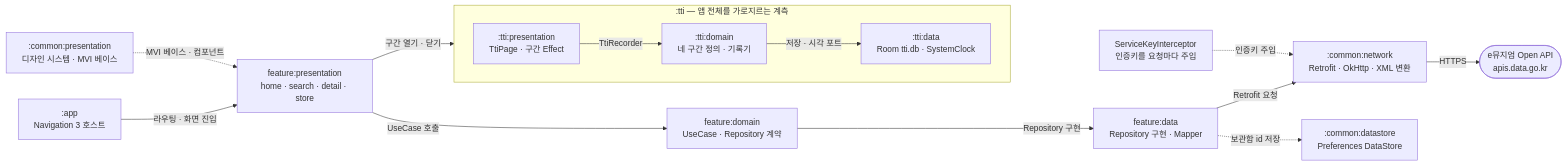
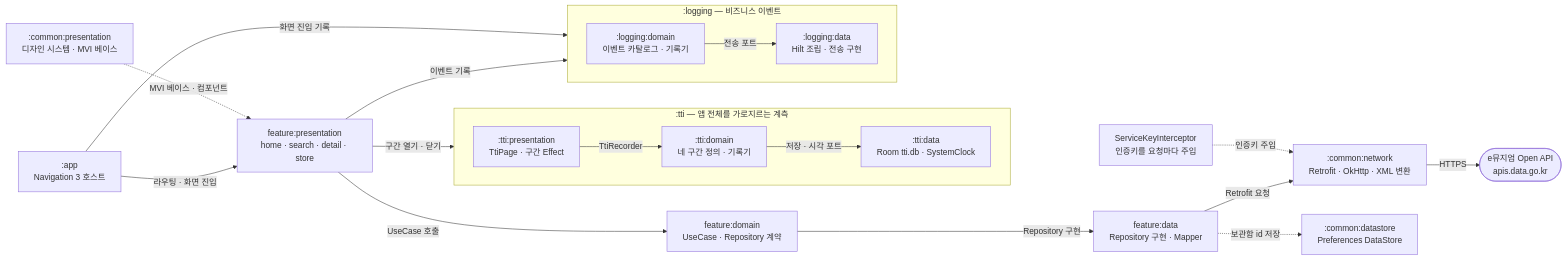
One commit to Sadturtleman/EveryMuseum changed the first of 2 diagrams in README.md. Above: the diagram before and after it, drawn with Mermaid. The commit also changed other lines of this file and 5 other files, not shown here.

First line of the commit message:
Document the business event logging module in the README and diagrams

````diff
--- a/README.md
+++ b/README.md
@@ -13,33 +15,42 @@
 ```mermaid
 flowchart LR
     app[":app<br/>Navigation 3 호스트"]
     cp[":common:presentation<br/>디자인 시스템 · MVI 베이스"]
     fp["feature:presentation<br/>home · search · detail · store"]
     fd["feature:domain<br/>UseCase · Repository 계약"]
     fdata["feature:data<br/>Repository 구현 · Mapper"]
     key["ServiceKeyInterceptor<br/>인증키를 요청마다 주입"]
     net[":common:network<br/>Retrofit · OkHttp · XML 변환"]
     ds[":common:datastore<br/>Preferences DataStore"]
     api(["e뮤지엄 Open API<br/>apis.data.go.kr"])
 
     app -->|라우팅 · 화면 진입| fp
     fp -->|UseCase 호출| fd
     fd -->|Repository 구현| fdata
     fdata -->|Retrofit 요청| net
     net -->|HTTPS| api
 
     cp -.->|MVI 베이스 · 컴포넌트| fp
     key -.->|인증키 주입| net
     fdata -.->|보관함 id 저장| ds
 
     subgraph TTI[":tti — 앱 전체를 가로지르는 계측"]
         direction LR
         tp[":tti:presentation<br/>TtiPage · 구간 Effect"]
         td[":tti:domain<br/>네 구간 정의 · 기록기"]
         tdata[":tti:data<br/>Room tti.db · SystemClock"]
         tp -->|TtiRecorder| td
         td -->|저장 · 시각 포트| tdata
     end
 
+    subgraph LOG[":logging — 비즈니스 이벤트"]
+        direction LR
+        ld[":logging:domain<br/>이벤트 카탈로그 · 기록기"]
+        ldata[":logging:data<br/>Hilt 조립 · 전송 구현"]
+        ld -->|전송 포트| ldata
+    end
+
     fp -->|구간 열기 · 닫기| tp
+    fp -->|이벤트 기록| ld
+    app -->|화면 진입 기록| ld
 ```
````
